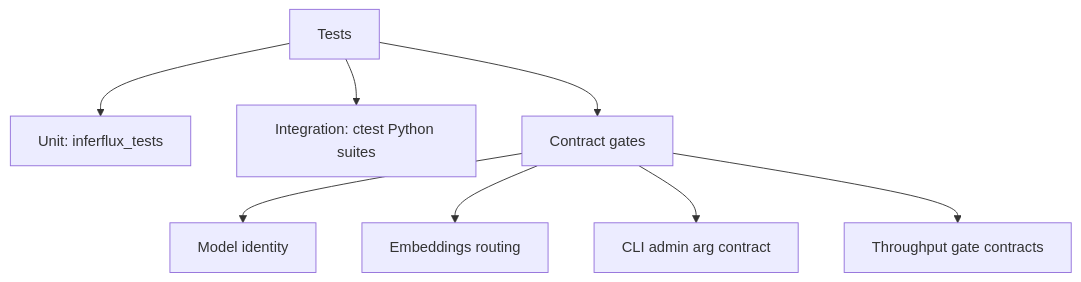
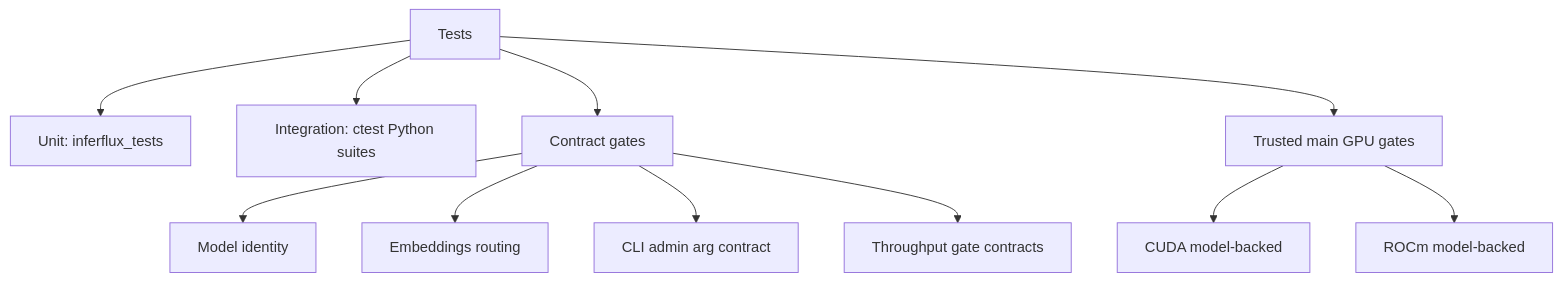
One commit to anvai-labs/inferflux changed the second of 2 diagrams in docs/DeveloperGuide.md. Above: the diagram before and after it, drawn with Mermaid. The commit also changed other lines of this file and 11 other files, not shown here.

Commit message:
Reconcile trusted GPU CI release policy

````diff
--- a/docs/DeveloperGuide.md
+++ b/docs/DeveloperGuide.md
@@ -53,11 +53,14 @@
 ```mermaid
 graph TD
     A[Tests] --> B[Unit: inferflux_tests]
     A --> C[Integration: ctest Python suites]
     A --> D[Contract gates]
+    A --> E[Trusted main GPU gates]
 
     D --> D1[Model identity]
     D --> D2[Embeddings routing]
     D --> D3[CLI admin arg contract]
     D --> D4[Throughput gate contracts]
+    E --> E1[CUDA model-backed]
+    E --> E2[ROCm model-backed]
 ```
````
